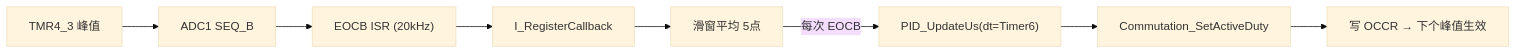
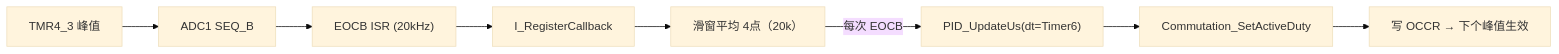
One commit to HCHCHC99/WS_L changed the first of 2 diagrams in ws_L_v.1.0.2/PI电流环.md. Above: the diagram before and after it, drawn with Mermaid (base theme). The commit also changed other lines of this file and 1 other file, not shown here.

````diff
--- a/ws_L_v.1.0.2/PI电流环.md
+++ b/ws_L_v.1.0.2/PI电流环.md
@@ -91,10 +91,10 @@
 ```mermaid
 flowchart LR
     PWM["TMR4_3 峰值"] --> ADC["ADC1 SEQ_B"]
     ADC --> ISR["EOCB ISR (20kHz)"]
     ISR --> CB["I_RegisterCallback"]
-    CB --> ACC["滑窗平均 5点"]
+    CB --> ACC["滑窗平均 4点（20k）"]
     ACC -->|"每次 EOCB"| CTL["PID_UpdateUs(dt=Timer6)"]
     CTL --> DUTY["Commutation_SetActiveDuty"]
     DUTY --> OCCR["写 OCCR → 下个峰值生效"]
 ```
````
